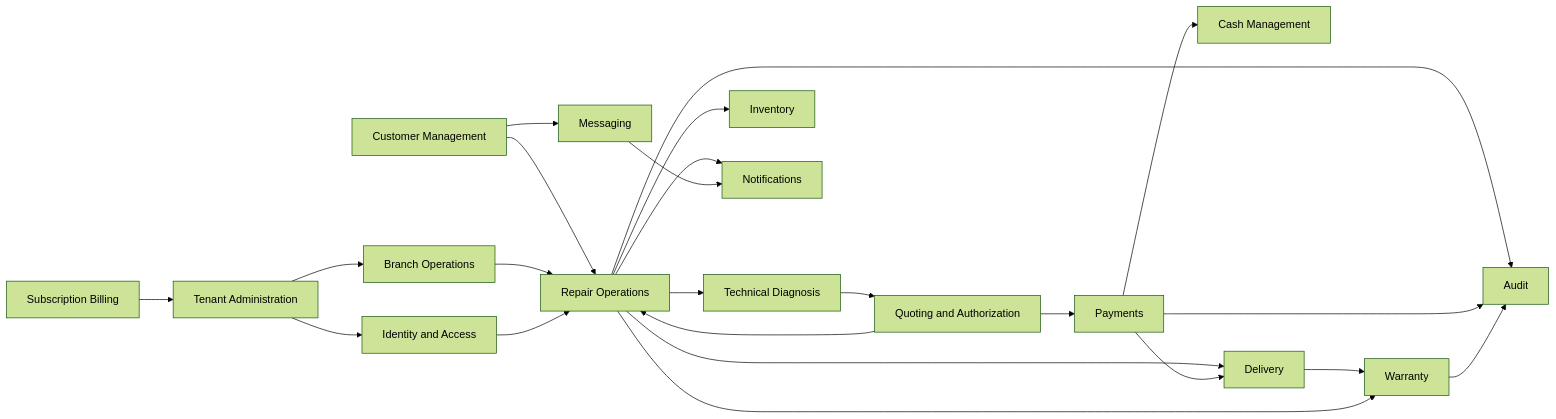
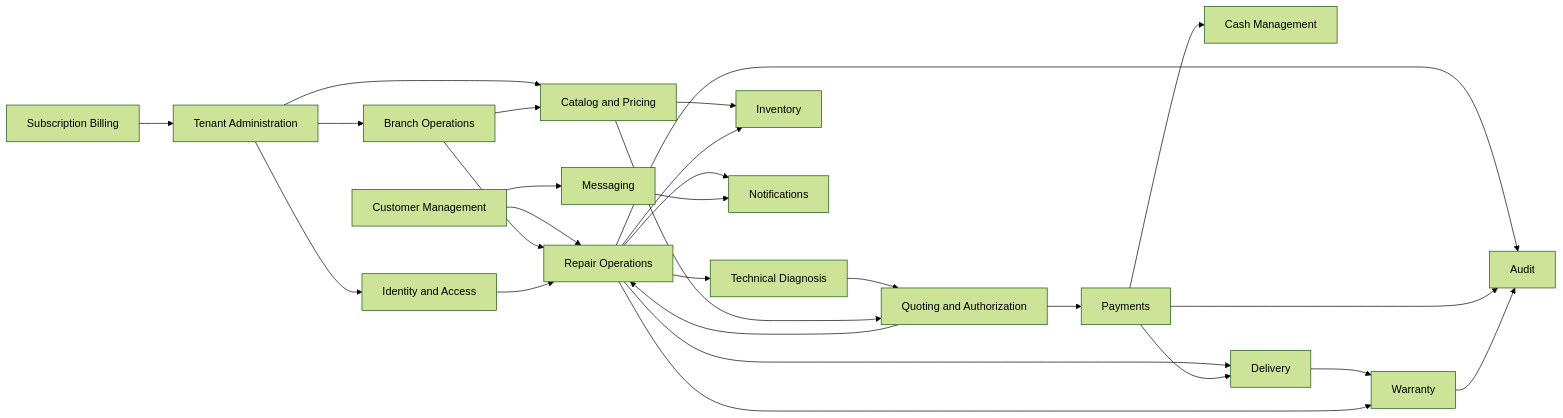
The diagram in docs/domain/CONTEXT_RELATIONSHIPS.md (luisgtzaviles/SrTaller-2.0), drawn with Mermaid (forest theme) before and after one commit. The commit also changed other lines of this file and 38 other files, not shown here.

Commit message:
docs(price-list): define architecture and pbi readiness

```diff
--- a/docs/domain/CONTEXT_RELATIONSHIPS.md
+++ b/docs/domain/CONTEXT_RELATIONSHIPS.md
@@ -15,25 +15,29 @@
 ~~~mermaid
 flowchart LR
     Tenant[Tenant Administration] --> Branch[Branch Operations]
     Tenant --> IAM[Identity and Access]
     Customer[Customer Management] --> Repair[Repair Operations]
     Branch --> Repair
     IAM --> Repair
     Repair --> Diagnosis[Technical Diagnosis]
     Diagnosis --> Quote[Quoting and Authorization]
+    Tenant --> Catalog[Catalog and Pricing]
+    Branch --> Catalog
+    Catalog --> Quote
+    Catalog --> Inventory
     Quote --> Repair
     Repair --> Inventory[Inventory]
     Quote --> Payments[Payments]
     Payments --> Cash[Cash Management]
     Repair --> Delivery[Delivery]
     Payments --> Delivery
     Delivery --> Warranty[Warranty]
     Repair --> Warranty
     Customer --> Messaging[Messaging]
     Repair --> Notifications[Notifications]
     Messaging --> Notifications
     Subscription[Subscription Billing] --> Tenant
     Repair --> Audit[Audit]
     Payments --> Audit
     Warranty --> Audit
 ~~~
```
